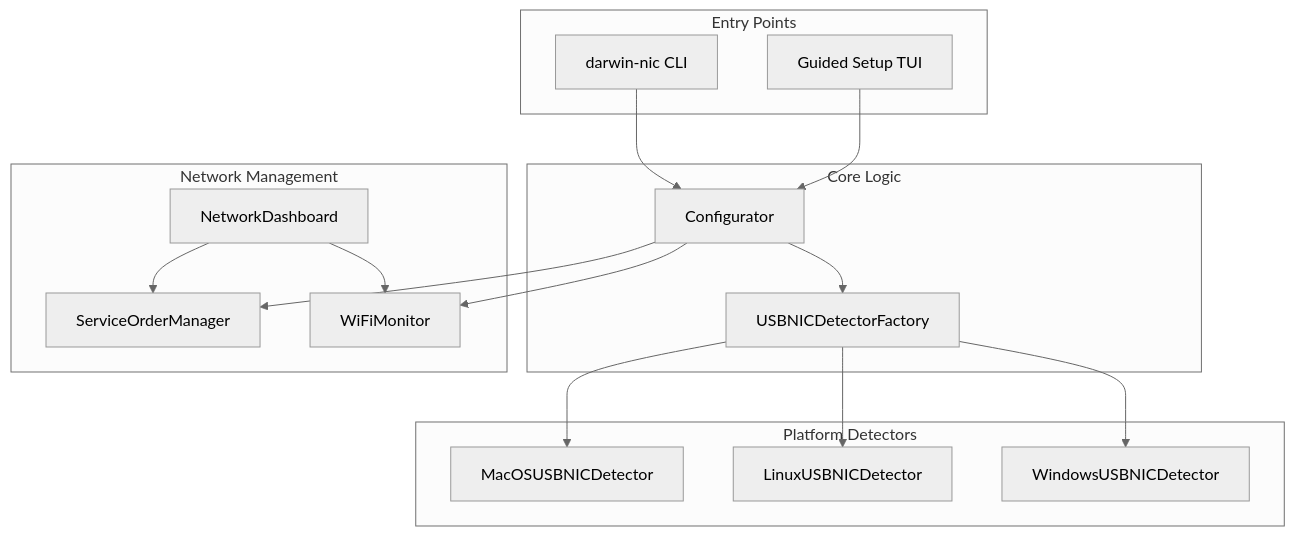
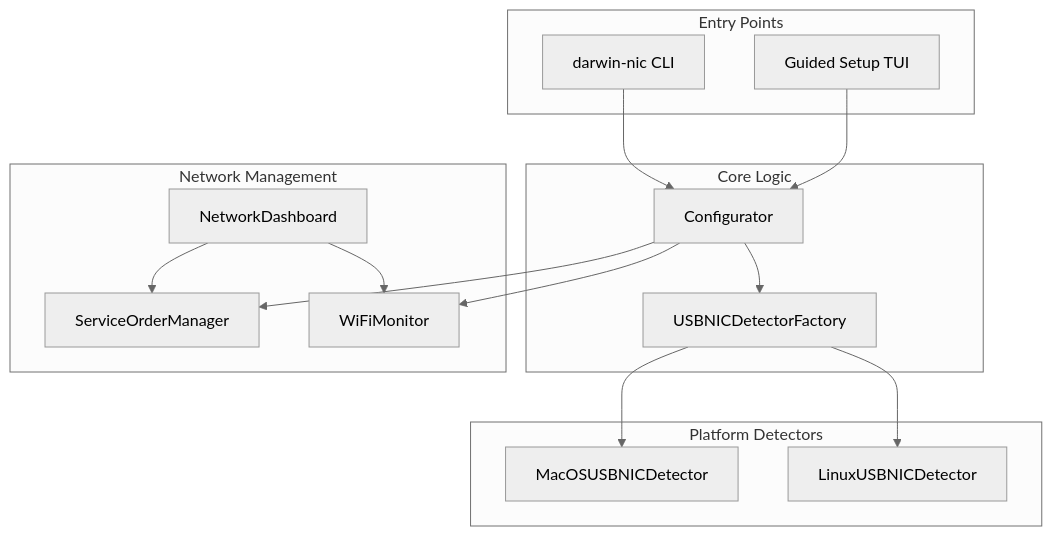
Before and after one commit to Jesssullivan/DarwinNicUtil: the first of 6 diagrams in docs/architecture.md, drawn with Mermaid (neutral theme). The commit also changed other lines of this file and 48 other files, not shown here.

````diff
--- a/docs/architecture.md
+++ b/docs/architecture.md
@@ -7,35 +7,33 @@
 ```mermaid
 graph TB
     subgraph Entry["Entry Points"]
         CLI[darwin-nic CLI]
         SETUP[Guided Setup TUI]
     end
 
     subgraph Core["Core Logic"]
         CONF[Configurator]
         FACTORY[USBNICDetectorFactory]
     end
 
     subgraph Platform["Platform Detectors"]
         MACOS[MacOSUSBNICDetector]
         LINUX[LinuxUSBNICDetector]
-        WIN[WindowsUSBNICDetector]
     end
 
     subgraph Network["Network Management"]
         SVC[ServiceOrderManager]
         WIFI[WiFiMonitor]
         DASH[NetworkDashboard]
     end
 
     CLI --> CONF
     SETUP --> CONF
     CONF --> FACTORY
     FACTORY --> MACOS
     FACTORY --> LINUX
-    FACTORY --> WIN
     CONF --> SVC
     CONF --> WIFI
     DASH --> SVC
     DASH --> WIFI
 ```
````
